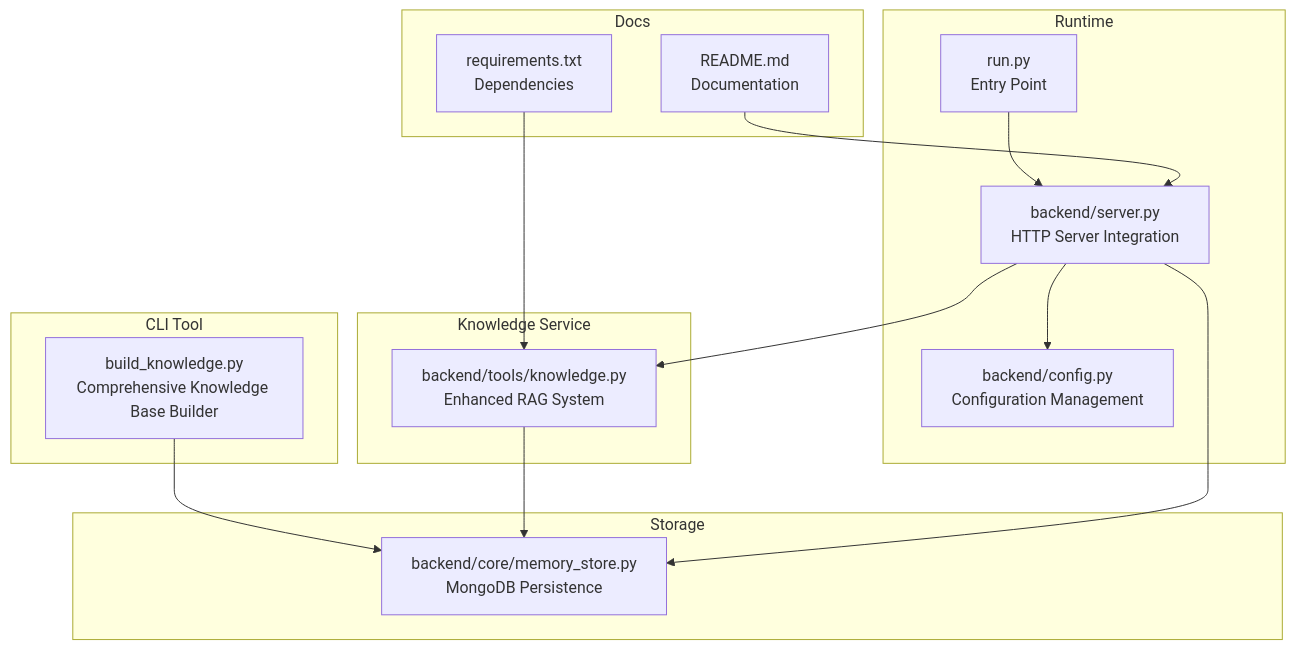
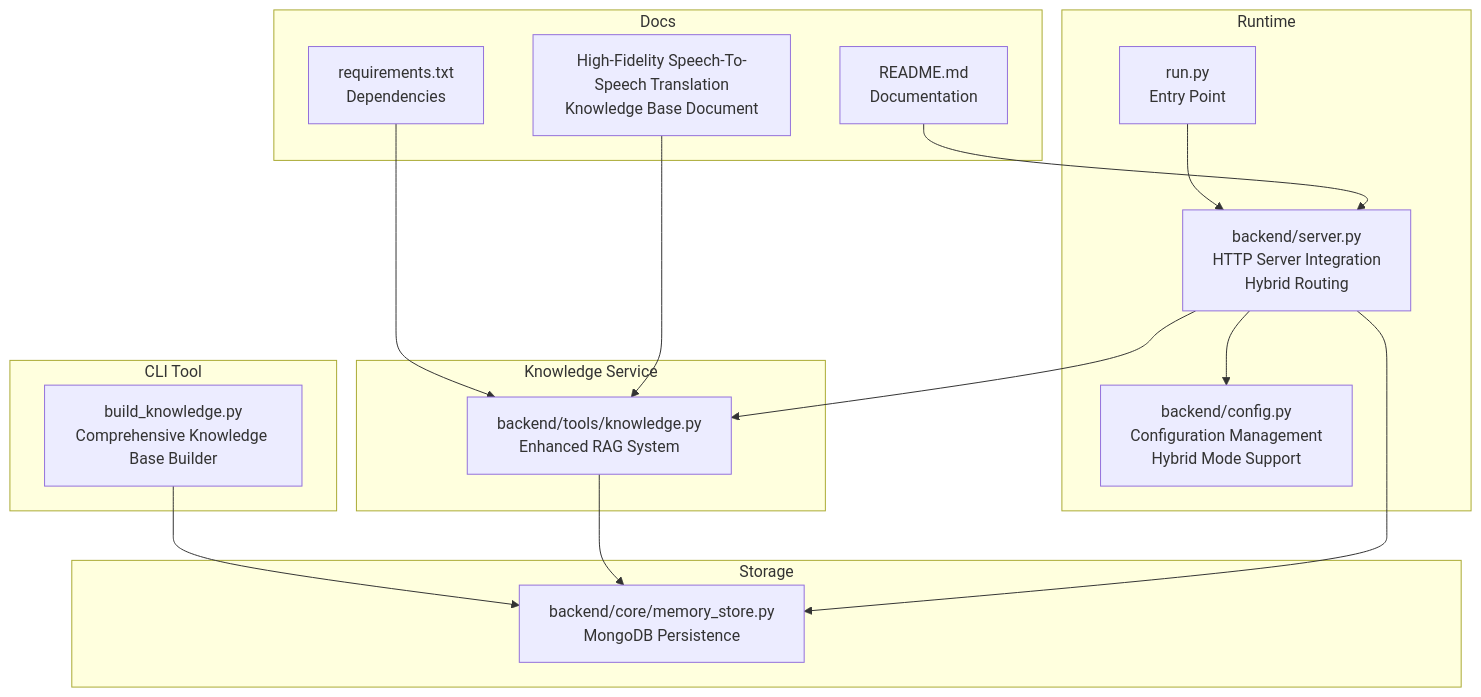
The first of 6 diagrams in .qoder/repowiki/en/content/Features and Capabilities/Knowledge Management and RAG.md (Sovetsky-Soyuz/AI-Assistant), drawn with Mermaid before and after one commit. The commit also changed other lines of this file and 15 other files, not shown here.

````diff
--- a/.qoder/repowiki/en/content/Features and Capabilities/Knowledge Management and RAG.md
+++ b/.qoder/repowiki/en/content/Features and Capabilities/Knowledge Management and RAG.md
@@ -47,29 +50,31 @@
 ```mermaid
 graph TB
 subgraph "CLI Tool"
 BK["build_knowledge.py<br/>Comprehensive Knowledge Base Builder"]
 end
 subgraph "Knowledge Service"
 KS["backend/tools/knowledge.py<br/>Enhanced RAG System"]
 end
 subgraph "Storage"
 MS["backend/core/memory_store.py<br/>MongoDB Persistence"]
 end
 subgraph "Runtime"
-CFG["backend/config.py<br/>Configuration Management"]
-SRV["backend/server.py<br/>HTTP Server Integration"]
+CFG["backend/config.py<br/>Configuration Management<br/>Hybrid Mode Support"]
+SRV["backend/server.py<br/>HTTP Server Integration<br/>Hybrid Routing"]
 RUN["run.py<br/>Entry Point"]
 end
 subgraph "Docs"
 RD["README.md<br/>Documentation"]
 REQ["requirements.txt<br/>Dependencies"]
+KBDOC["High-Fidelity Speech-To-Speech Translation<br/>Knowledge Base Document"]
 end
 BK --> MS
 KS --> MS
 SRV --> KS
 SRV --> MS
 SRV --> CFG
 RUN --> SRV
 RD --> SRV
 REQ --> KS
+KBDOC --> KS
 ```
````
